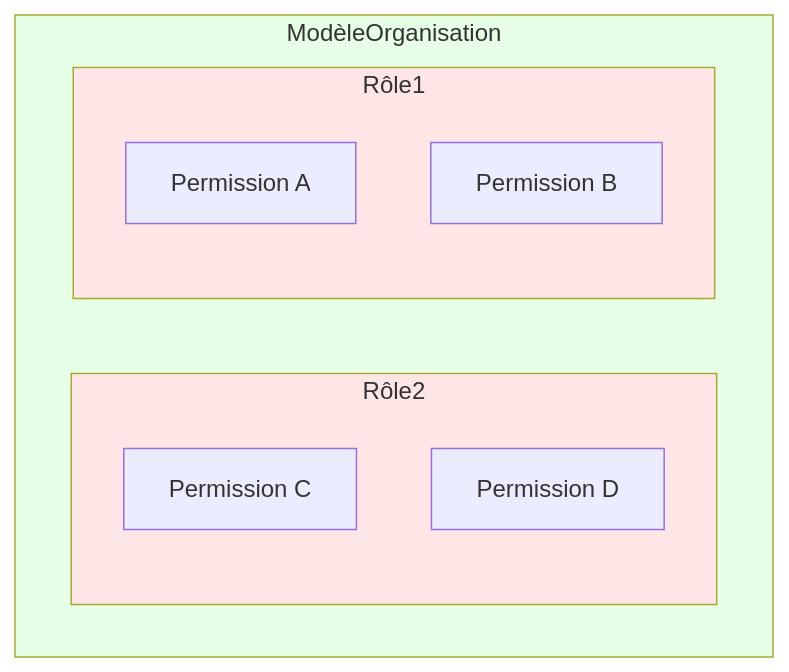
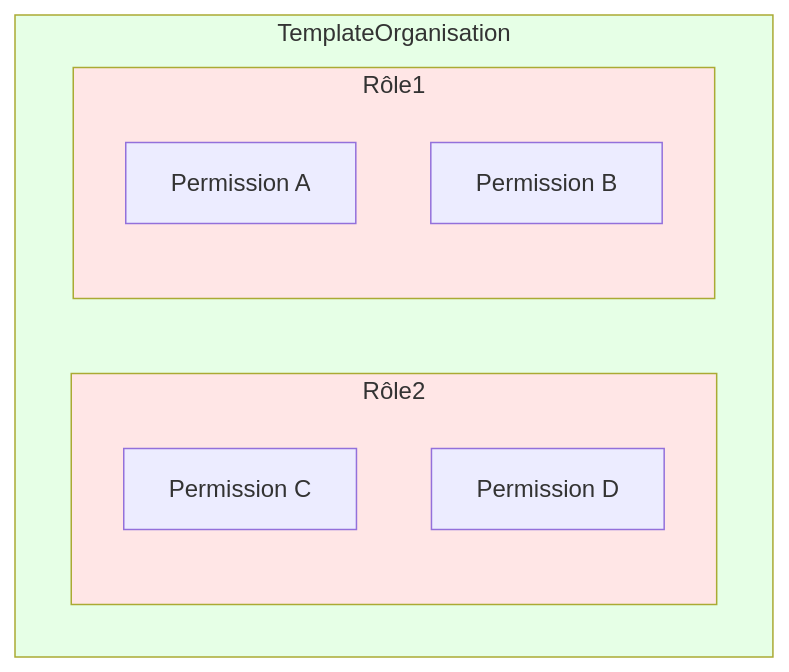
The fourth of 7 diagrams in i18n/fr/docusaurus-plugin-content-docs/current/use-cases/multi-tenancy/build-multi-tenant-saas-application.mdx (logto-io/docs), drawn with Mermaid before and after one commit. The commit also changed other lines of this file and 666 other files, not shown here.

````diff
--- a/i18n/fr/docusaurus-plugin-content-docs/current/use-cases/multi-tenancy/build-multi-tenant-saas-application.mdx
+++ b/i18n/fr/docusaurus-plugin-content-docs/current/use-cases/multi-tenancy/build-multi-tenant-saas-application.mdx
@@ -260,18 +260,18 @@
 ```mermaid
 graph TD
-    subgraph organization_template[ModèleOrganisation]
+    subgraph organization_template[TemplateOrganisation]
         subgraph role_2[Rôle2]
             permission_c[Permission C]
             permission_d[Permission D]
         end
 
         subgraph role_1[Rôle1]
             permission_a[Permission A]
             permission_b[Permission B]
         end
     end
 
     style organization_template fill:#e6ffe6
     style role_1 fill:#ffe6e6
     style role_2 fill:#ffe6e6
 ```
````
